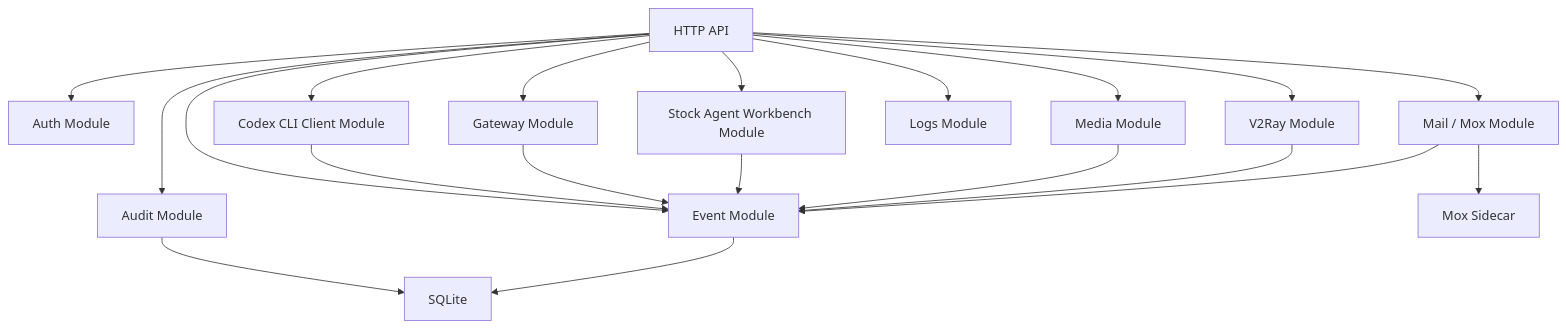
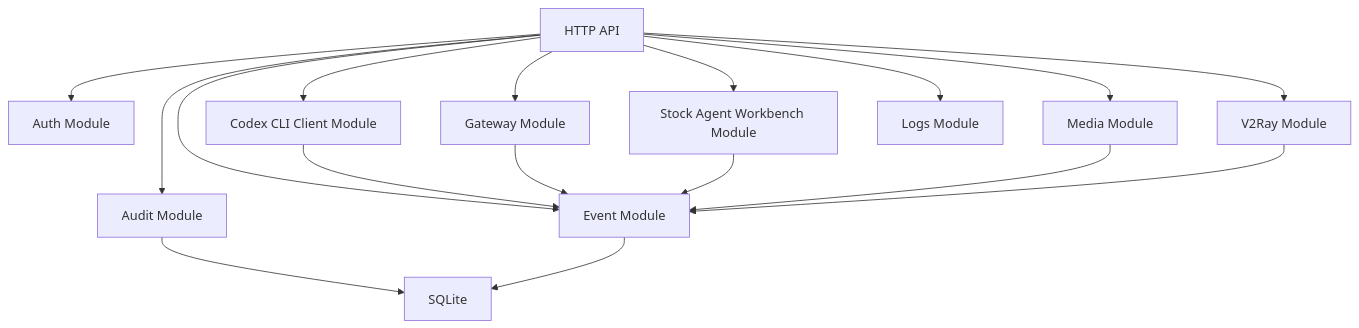
The second of 2 diagrams in docs/personal-web-terminal-technical-design.md (NageNalock/phantom-lancer), drawn with Mermaid before and after one commit. The commit also changed other lines of this file and 118 other files, not shown here.

````diff
--- a/docs/personal-web-terminal-technical-design.md
+++ b/docs/personal-web-terminal-technical-design.md
@@ -124,23 +121,20 @@
 ```mermaid
 flowchart TD
   API["HTTP API"] --> Auth["Auth Module"]
   API --> CodexClient["Codex CLI Client Module"]
   API --> Gateway["Gateway Module"]
   API --> Media["Media Module"]
   API --> Stock["Stock Agent Workbench Module"]
   API --> V2Ray["V2Ray Module"]
   API --> Logs["Logs Module"]
-  API --> Mail["Mail / Mox Module"]
   API --> Audit["Audit Module"]
   API --> Event["Event Module"]
 
   CodexClient --> Event
   Gateway --> Event
   Stock --> Event
   Media --> Event
   V2Ray --> Event
-  Mail --> Event
-  Mail --> Mox["Mox Sidecar"]
   Audit --> DB["SQLite"]
   Event --> DB
 ```
````
